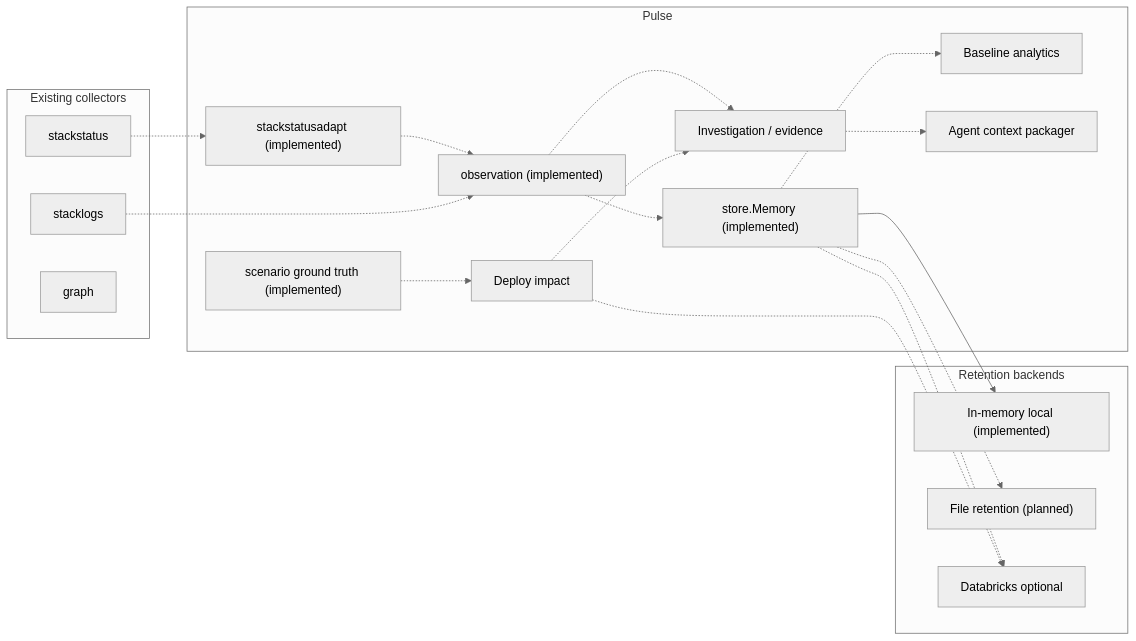
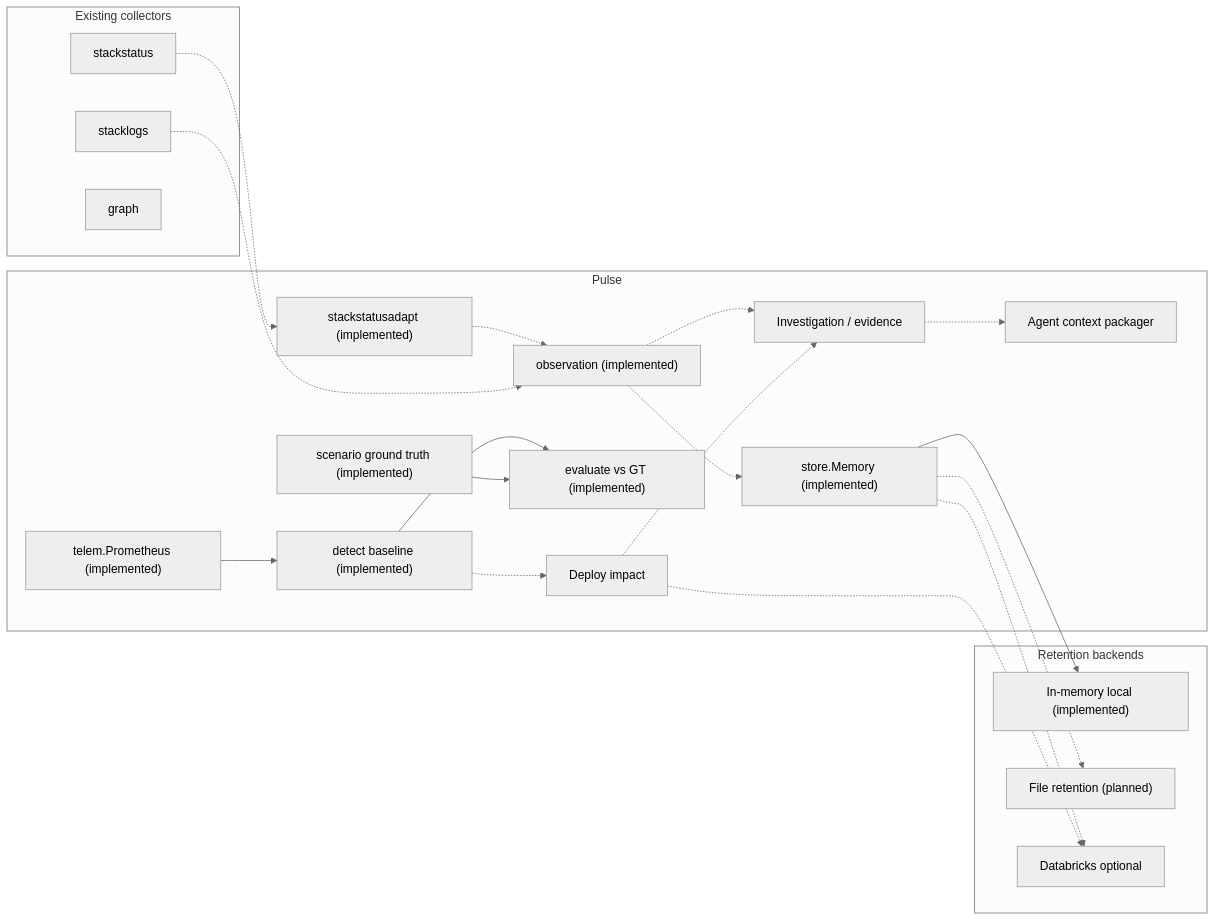
The second of 2 diagrams in docs/ARCHITECTURE.md (sharathb5/perch-pulse), drawn with Mermaid (neutral theme) before and after one commit. The commit also changed other lines of this file and 22 other files, not shown here.

````diff
--- a/docs/ARCHITECTURE.md
+++ b/docs/ARCHITECTURE.md
@@ -100,37 +104,41 @@
 ```mermaid
 flowchart LR
   subgraph existing["Existing collectors"]
     SS["stackstatus"]
     SL["stacklogs"]
     G["graph"]
   end
 
   subgraph pulse["Pulse"]
     OBS["observation (implemented)"]
     ADAPT["stackstatusadapt (implemented)"]
     HIST["store.Memory (implemented)"]
     GT["scenario ground truth (implemented)"]
+    TELEM["telem.Prometheus (implemented)"]
+    DET["detect baseline (implemented)"]
+    EVAL["evaluate vs GT (implemented)"]
     INV["Investigation / evidence"]
-    BASE["Baseline analytics"]
     DEP["Deploy impact"]
     AGENT["Agent context packager"]
   end
 
   subgraph backends["Retention backends"]
     MEM["In-memory local (implemented)"]
     FILE["File retention (planned)"]
     DBX["Databricks optional"]
   end
 
   SS -.-> ADAPT -.-> OBS -.-> HIST
   SL -.-> OBS
   HIST --> MEM
   HIST -.-> FILE
   HIST -.-> DBX
+  TELEM --> DET
+  DET --> EVAL
+  GT --> EVAL
   OBS -.-> INV
-  HIST -.-> BASE
+  DET -.-> DEP
   DEP -.-> INV
   INV -.-> AGENT
   DEP -.-> DBX
-  GT -.-> DEP
 ```
````
